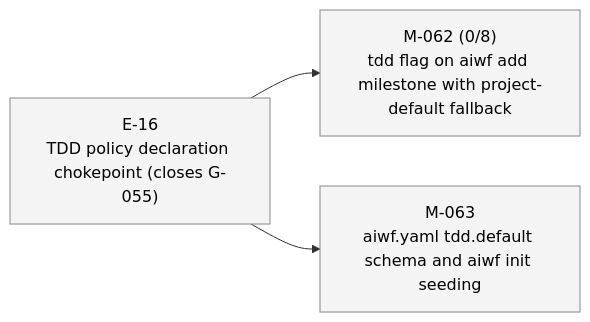
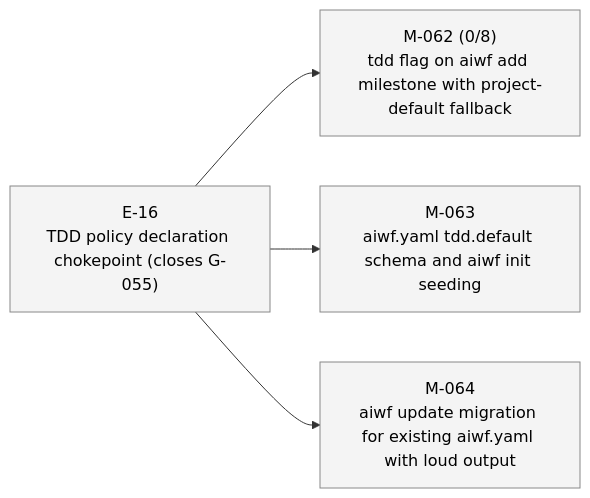
Before and after one commit to 23min/aiwf: the second of 2 diagrams in STATUS.md, drawn with Mermaid. The commit also changed other lines of this file and 1 other file, not shown here.

First line of the commit message:
aiwf add milestone M-064 "aiwf update migration for existing aiwf.yaml with loud output"

````diff
--- a/STATUS.md
+++ b/STATUS.md
@@ -33,14 +34,16 @@
 ```mermaid
 flowchart LR
   E_16["E-16<br/>TDD policy declaration chokepoint (closes G-055)"]:::epic_proposed
   M_062["M-062 (0/8)<br/>tdd flag on aiwf add milestone with project-default fallback"]:::ms_draft
   E_16 --> M_062
   M_063["M-063<br/>aiwf.yaml tdd.default schema and aiwf init seeding"]:::ms_draft
   E_16 --> M_063
+  M_064["M-064<br/>aiwf update migration for existing aiwf.yaml with loud output"]:::ms_draft
+  E_16 --> M_064
   classDef epic_active fill:#d6eaff,stroke:#1a73e8,color:#000
   classDef epic_proposed fill:#f4f4f4,stroke:#888,color:#000
   classDef ms_done fill:#d8f5d8,stroke:#2a8a2a,color:#000
   classDef ms_in_progress fill:#fff3c4,stroke:#caa400,color:#000
   classDef ms_draft fill:#f4f4f4,stroke:#888,color:#000
   classDef ms_cancelled fill:#fbeaea,stroke:#c33,color:#000
 ```
````
